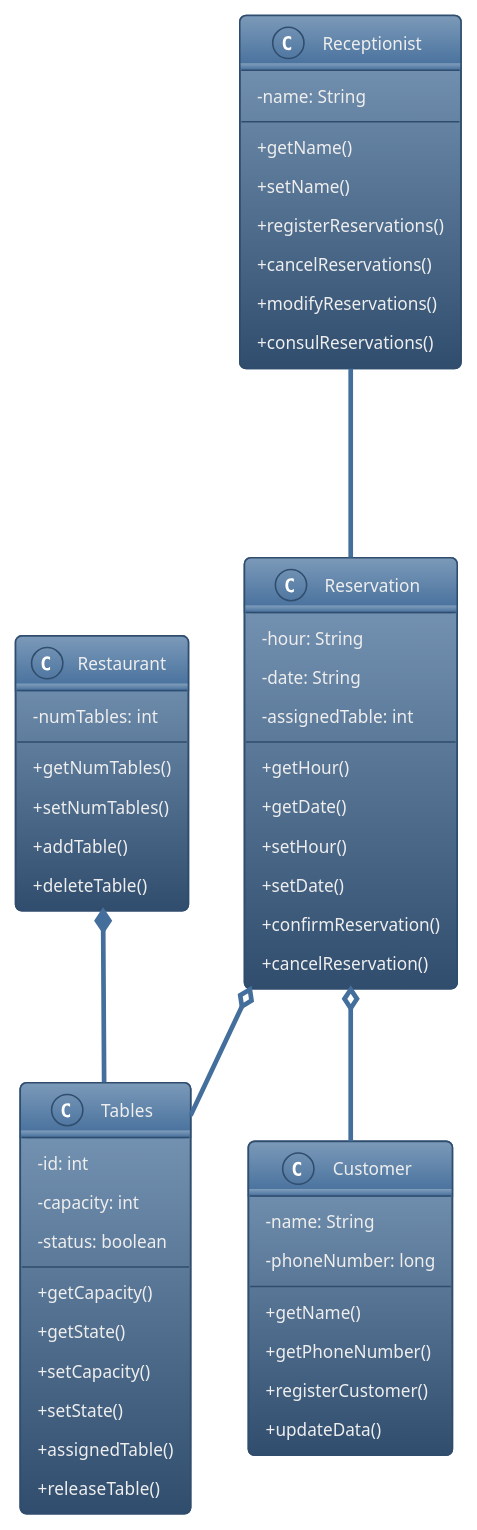
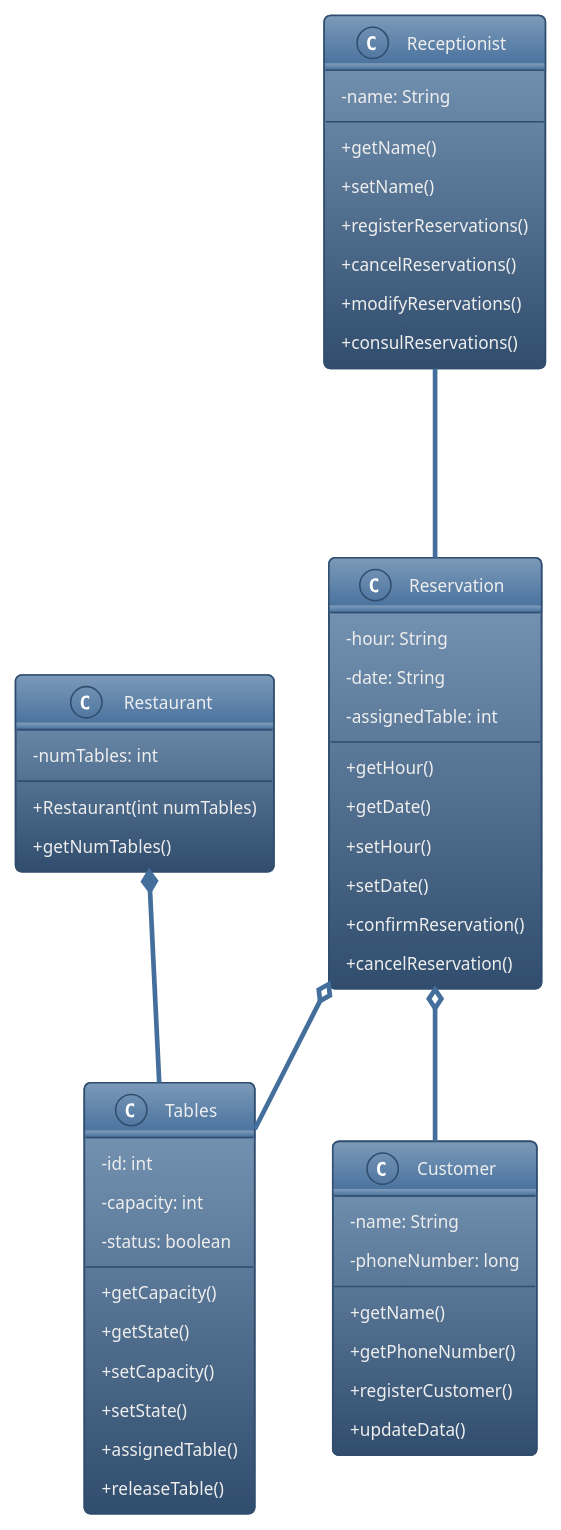
The diagram in Sistema_De_Reservas/src/diagramaDeClases.puml (Andres0955/proyectoPoo), drawn with PlantUML before and after one commit. The commit also changed 63 other files, not shown here.

```diff
--- a/Sistema_De_Reservas/src/diagramaDeClases.puml
+++ b/Sistema_De_Reservas/src/diagramaDeClases.puml
@@ -1,67 +1,65 @@
 @startuml
 'https://plantuml.com/sequence-diagram
 skinparam classAttributeIconSize 0
 !theme spacelab
 class Restaurant{
     -numTables: int
 
+    +Restaurant(int numTables)
     +getNumTables()
-    +setNumTables()
-    +addTable()
-    +deleteTable()
 
 }
 
 class Reservation{
     -hour: String
     -date: String
     -assignedTable: int
 
     +getHour()
     +getDate()
     +setHour()
     +setDate()
     +confirmReservation()
     +cancelReservation()
 }
 
 class Tables{
     -id: int
     -capacity: int
     -status: boolean
 
     +getCapacity()
     +getState()
     +setCapacity()
     +setState()
     +assignedTable()
     +releaseTable()
 }
 
 class Customer{
     -name: String
     -phoneNumber: long
 
     +getName()
     +getPhoneNumber()
     +registerCustomer()
     +updateData()
 }
 
 class Receptionist{
     -name: String
 
     +getName()
     +setName()
     +registerReservations()
     +cancelReservations()
     +modifyReservations()
     +consulReservations()
 }
 
 Restaurant *-- Tables
 Reservation o-- Tables
 Reservation o-- Customer
 Receptionist --- Reservation
 
 @enduml
```
